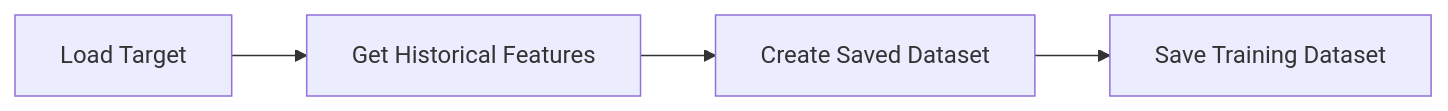
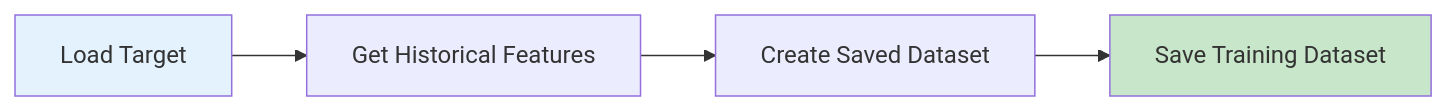
Before and after one commit to velosoberti/MLOps: the third of 5 diagrams in README.md, drawn with Mermaid. The commit also changed other lines of this file, not shown here.

````diff
--- a/README.md
+++ b/README.md
@@ -174,6 +194,9 @@
 ```mermaid
 graph LR
     A[Load Target] --> B[Get Historical Features]
     B --> C[Create Saved Dataset]
     C --> D[Save Training Dataset]
+    
+    style A fill:#e3f2fd
+    style D fill:#c8e6c9
 ```
````
